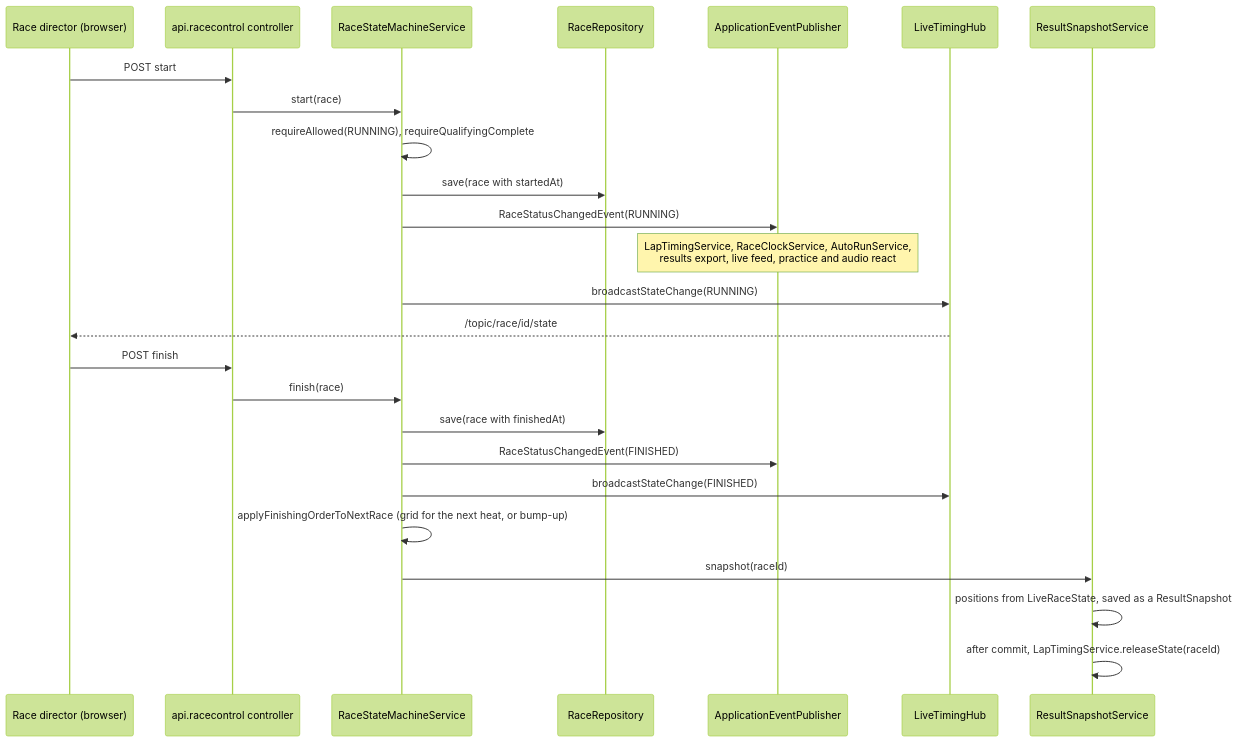
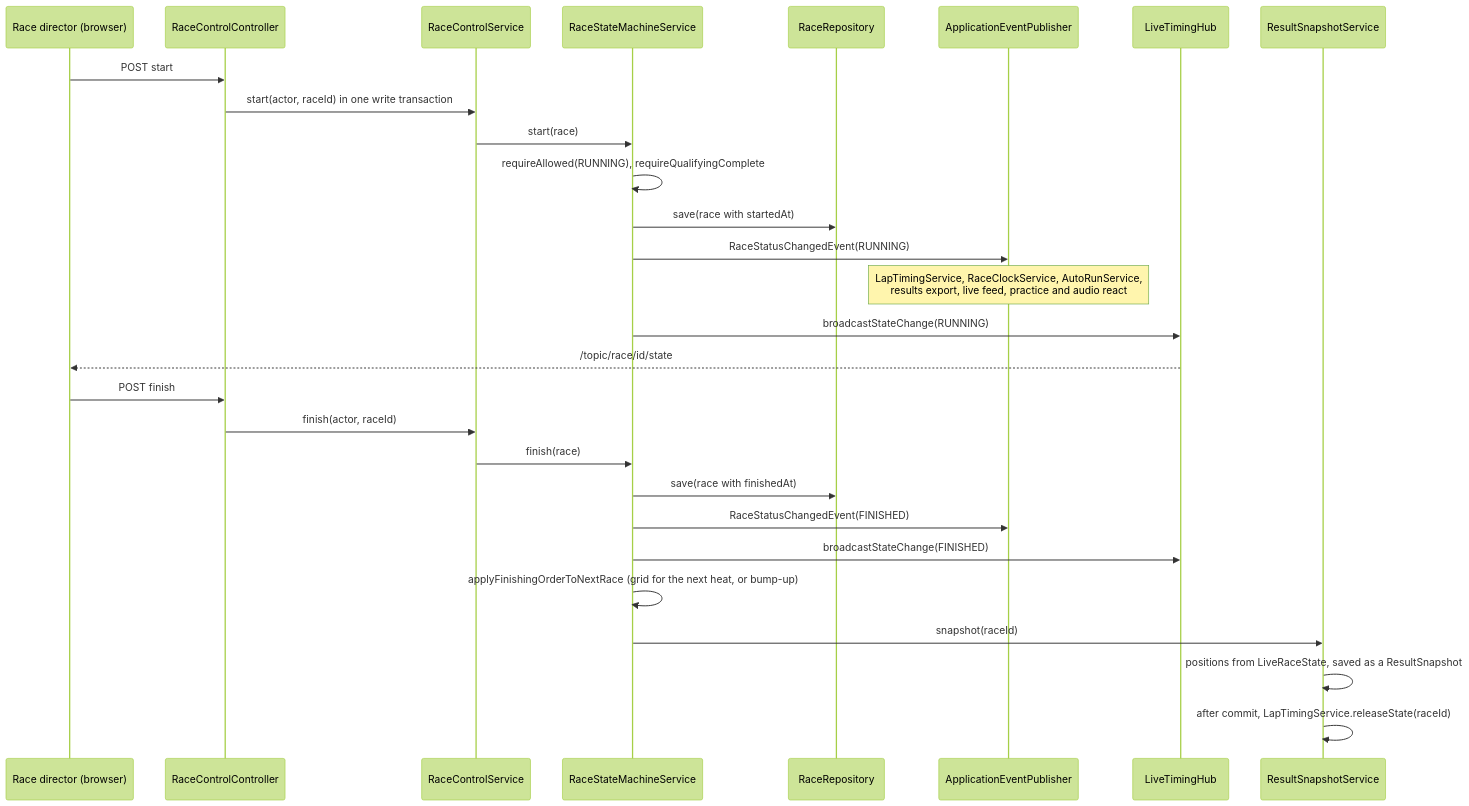
Before and after one commit to RCRaceHub/RCTimingControl: the second of 10 diagrams in docs/developer/sequences.md, drawn with Mermaid (forest theme). The commit also changed 8 other files, not shown here.

First line of the commit message:
Move race control repository access and transactions into RaceControlService (#612) (#634)

````diff
--- a/docs/developer/sequences.md
+++ b/docs/developer/sequences.md
@@ -74,29 +74,32 @@
 ```mermaid
 sequenceDiagram
     participant RD as Race director (browser)
-    participant C as api.racecontrol controller
+    participant C as RaceControlController
+    participant RCS as RaceControlService
     participant SM as RaceStateMachineService
     participant RRp as RaceRepository
     participant Bus as ApplicationEventPublisher
     participant Hub as LiveTimingHub
     participant RS as ResultSnapshotService
 
     RD->>C: POST start
-    C->>SM: start(race)
+    C->>RCS: start(actor, raceId) in one write transaction
+    RCS->>SM: start(race)
     SM->>SM: requireAllowed(RUNNING), requireQualifyingComplete
     SM->>RRp: save(race with startedAt)
     SM->>Bus: RaceStatusChangedEvent(RUNNING)
     Note over Bus: LapTimingService, RaceClockService, AutoRunService,<br/>results export, live feed, practice and audio react
     SM->>Hub: broadcastStateChange(RUNNING)
     Hub-->>RD: /topic/race/id/state
 
     RD->>C: POST finish
-    C->>SM: finish(race)
+    C->>RCS: finish(actor, raceId)
+    RCS->>SM: finish(race)
     SM->>RRp: save(race with finishedAt)
     SM->>Bus: RaceStatusChangedEvent(FINISHED)
     SM->>Hub: broadcastStateChange(FINISHED)
     SM->>SM: applyFinishingOrderToNextRace (grid for the next heat, or bump-up)
     SM->>RS: snapshot(raceId)
     RS->>RS: positions from LiveRaceState, saved as a ResultSnapshot
     RS->>RS: after commit, LapTimingService.releaseState(raceId)
 ```
````
